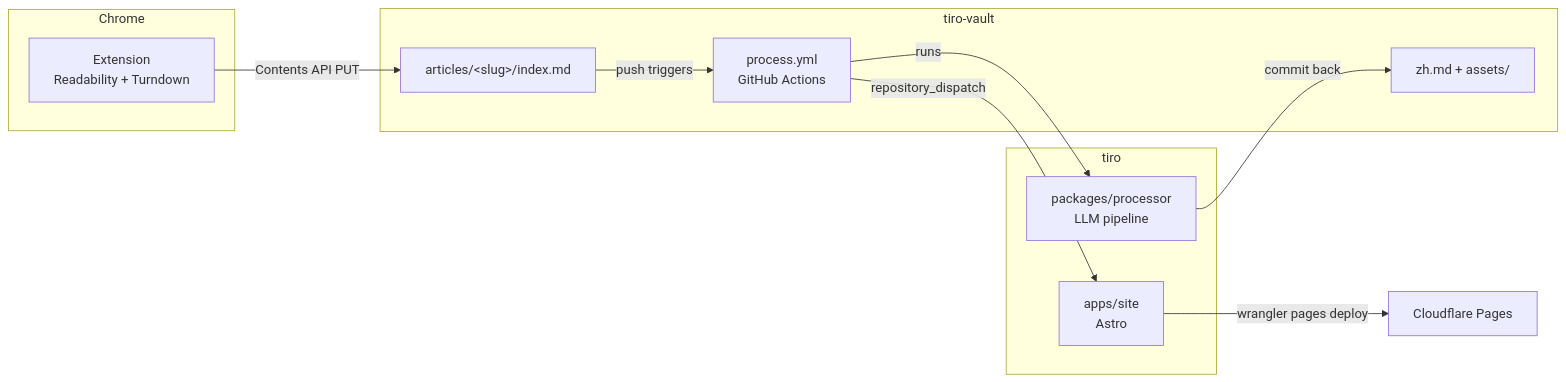
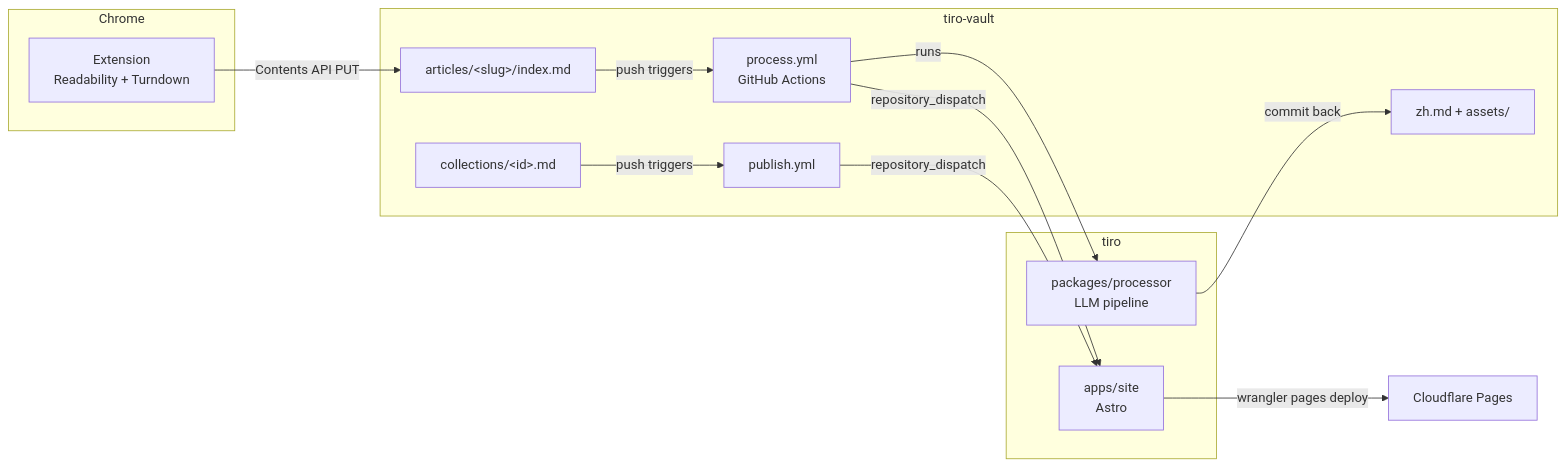
One commit to hutusi/tiro changed the diagram in docs/architecture.md. Above: the diagram before and after it, drawn with Mermaid. The commit also changed other lines of this file and 6 other files, not shown here.

````diff
--- a/docs/architecture.md
+++ b/docs/architecture.md
@@ -6,23 +6,27 @@
 ```mermaid
 flowchart LR
     subgraph Chrome
         EXT[Extension\nReadability + Turndown]
     end
     subgraph tiro-vault
         MD[articles/&lt;slug&gt;/index.md]
         ZH[zh.md + assets/]
         WF[process.yml\nGitHub Actions]
+        COL[collections/&lt;id&gt;.md]
+        PUB[publish.yml]
     end
     subgraph tiro
         PROC[packages/processor\nLLM pipeline]
         SITE[apps/site\nAstro]
     end
     CF[Cloudflare Pages]
 
     EXT -- "Contents API PUT" --> MD
     MD -- "push triggers" --> WF
     WF -- "runs" --> PROC
     PROC -- "commit back" --> ZH
     WF -- "repository_dispatch" --> SITE
+    COL -- "push triggers" --> PUB
+    PUB -- "repository_dispatch" --> SITE
     SITE -- "wrangler pages deploy" --> CF
 ```
````
